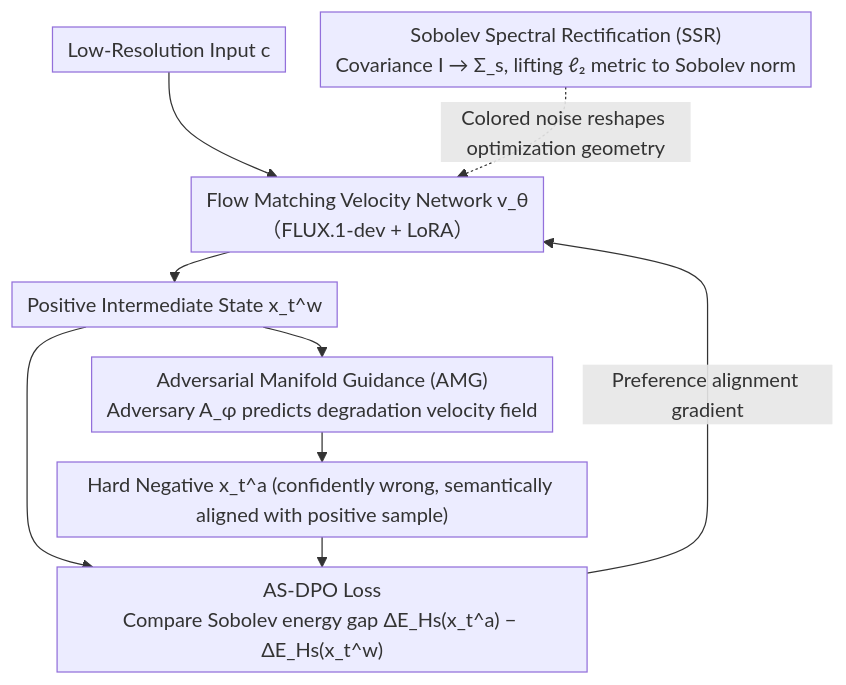
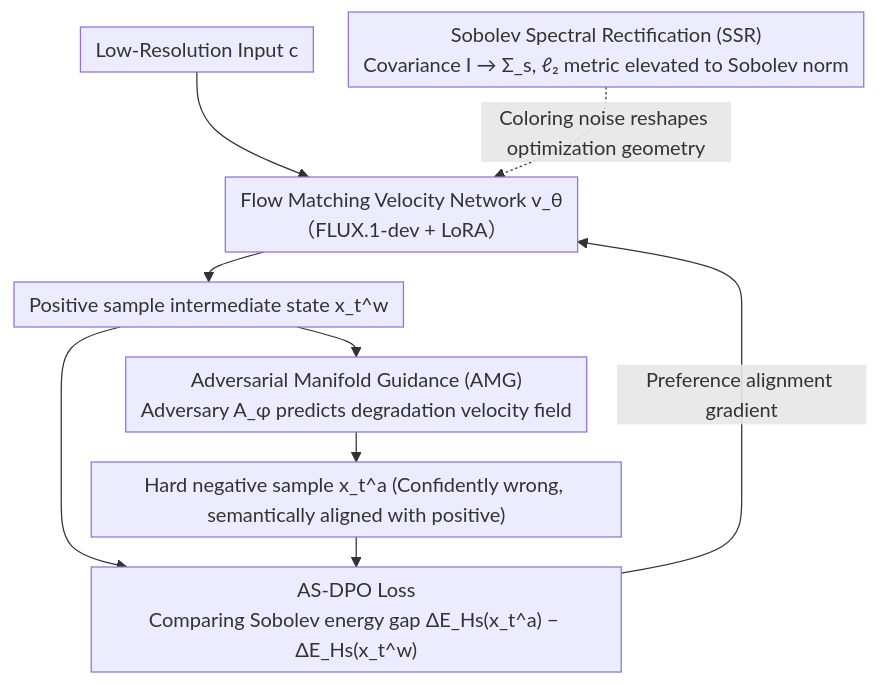
Before and after one commit to zhaoyang97/Paper-Notes-en: the diagram in docs/ICML2026/image_restoration/coloring_the_noise_adversarial_sobolev_alignment_for_faithful_image_super_resolu.md, drawn with Mermaid. The commit also changed other lines of this file and 5084 other files, not shown here.

````diff
--- a/docs/ICML2026/image_restoration/coloring_the_noise_adversarial_sobolev_alignment_for_faithful_image_super_resolu.md
+++ b/docs/ICML2026/image_restoration/coloring_the_noise_adversarial_sobolev_alignment_for_faithful_image_super_resolu.md
@@ -45,14 +45,14 @@
 ```mermaid
 %%{init: {'flowchart': {'rankSpacing': 24, 'nodeSpacing': 28, 'padding': 6, 'wrappingWidth': 400}}}%%
 flowchart TD
     LR["Low-Resolution Input c"]
-    SSR["Sobolev Spectral Rectification (SSR)<br/>Covariance I → Σ_s, lifting ℓ₂ metric to Sobolev norm"]
+    SSR["Sobolev Spectral Rectification (SSR)<br/>Covariance I → Σ_s, ℓ₂ metric elevated to Sobolev norm"]
     LR --> FM["Flow Matching Velocity Network v_θ<br/>（FLUX.1-dev + LoRA）"]
-    SSR -.Colored noise reshapes optimization geometry.-> FM
-    FM --> XW["Positive Intermediate State x_t^w"]
+    SSR -.Coloring noise reshapes optimization geometry.-> FM
+    FM --> XW["Positive sample intermediate state x_t^w"]
     XW --> AMG["Adversarial Manifold Guidance (AMG)<br/>Adversary A_φ predicts degradation velocity field"]
-    AMG --> XA["Hard Negative x_t^a (confidently wrong, semantically aligned with positive sample)"]
-    XW --> DPO["AS-DPO Loss<br/>Compare Sobolev energy gap ΔE_Hs(x_t^a) − ΔE_Hs(x_t^w)"]
+    AMG --> XA["Hard negative sample x_t^a (Confidently wrong, semantically aligned with positive)"]
+    XW --> DPO["AS-DPO Loss<br/>Comparing Sobolev energy gap ΔE_Hs(x_t^a) − ΔE_Hs(x_t^w)"]
     XA --> DPO
     DPO -->|Preference alignment gradient| FM
 ```
````
